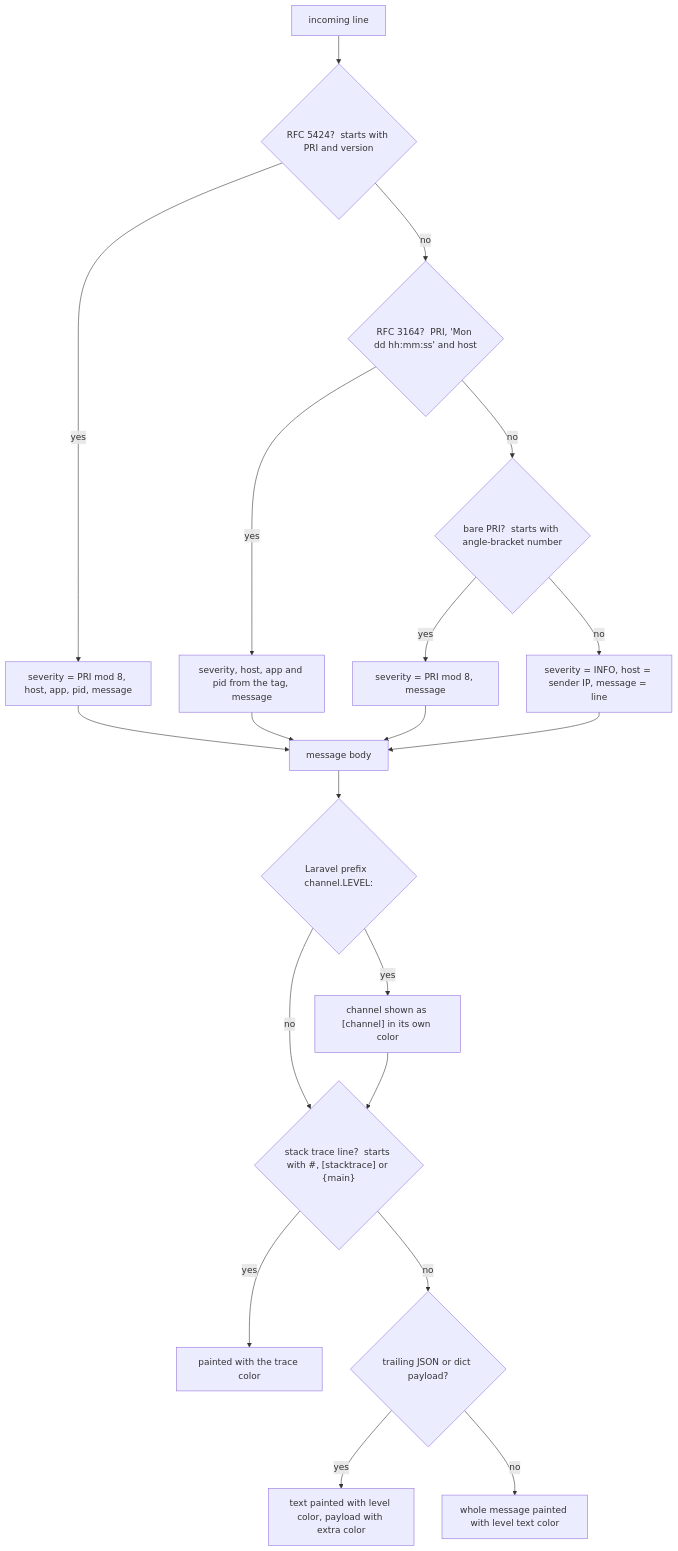
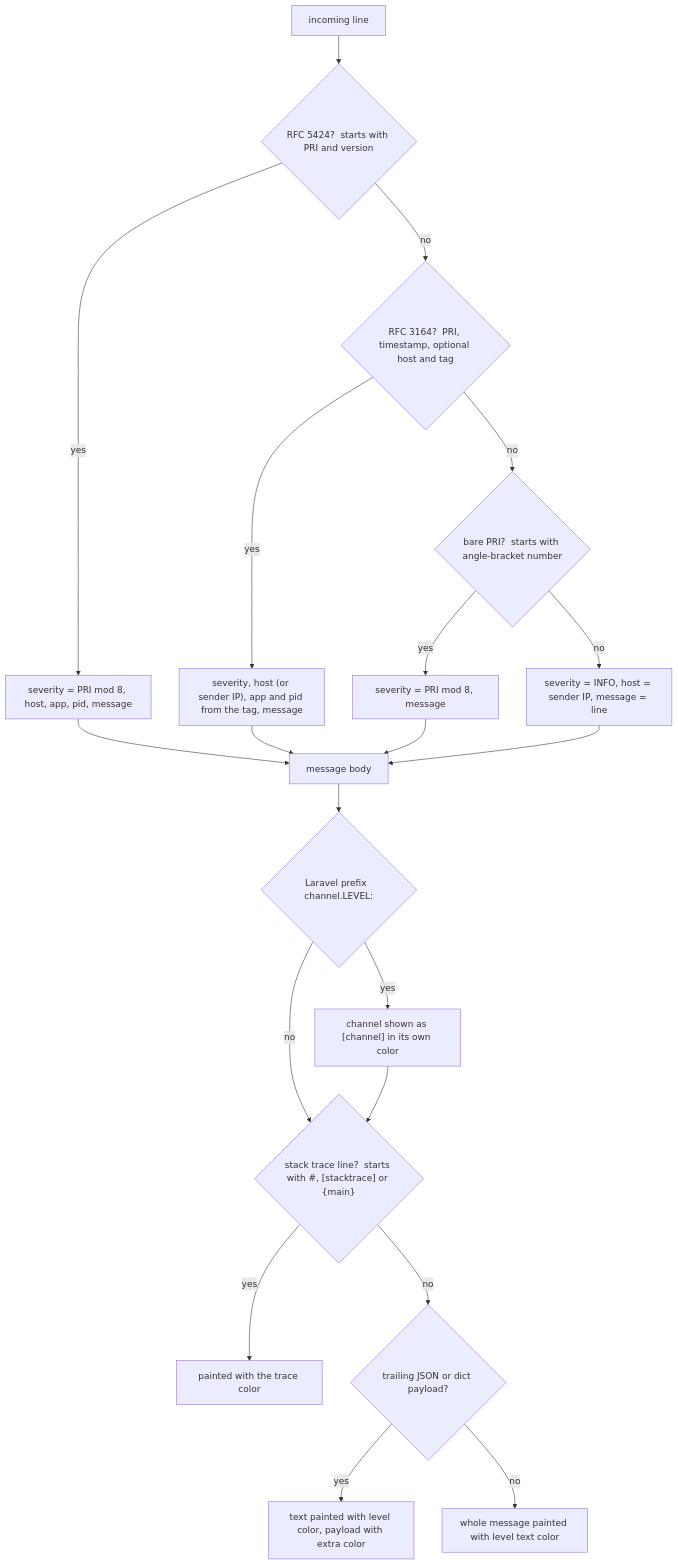
The second of 6 diagrams in README.md (cumulus13/logrecv-go), drawn with Mermaid before and after one commit. The commit also changed other lines of this file and 12 other files, not shown here.

````diff
--- a/README.md
+++ b/README.md
@@ -199,22 +728,22 @@
 ```mermaid
 flowchart TD
     L["incoming line"] --> Q1{"RFC 5424?  starts with PRI and version"}
     Q1 -->|yes| P1["severity = PRI mod 8, host, app, pid, message"]
-    Q1 -->|no| Q2{"RFC 3164?  PRI, 'Mon dd hh:mm:ss' and host"}
-    Q2 -->|yes| P2["severity, host, app and pid from the tag, message"]
+    Q1 -->|no| Q2{"RFC 3164?  PRI, timestamp, optional host and tag"}
+    Q2 -->|yes| P2["severity, host (or sender IP), app and pid from the tag, message"]
     Q2 -->|no| Q3{"bare PRI?  starts with angle-bracket number"}
     Q3 -->|yes| P3["severity = PRI mod 8, message"]
     Q3 -->|no| P4["severity = INFO, host = sender IP, message = line"]
     P1 --> M["message body"]
     P2 --> M
     P3 --> M
     P4 --> M
     M --> Q4{"Laravel prefix  channel.LEVEL:"}
     Q4 -->|yes| P5["channel shown as [channel] in its own color"]
     Q4 -->|no| Q5
     P5 --> Q5{"stack trace line?  starts with #, [stacktrace] or {main}"}
     Q5 -->|yes| T["painted with the trace color"]
     Q5 -->|no| Q6{"trailing JSON or dict payload?"}
     Q6 -->|yes| E["text painted with level color, payload with extra color"]
     Q6 -->|no| N["whole message painted with level text color"]
 ```
````
